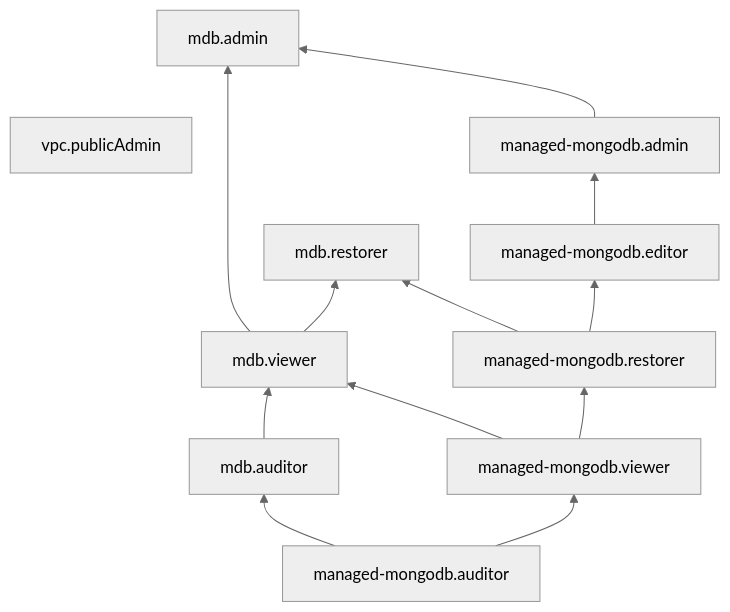
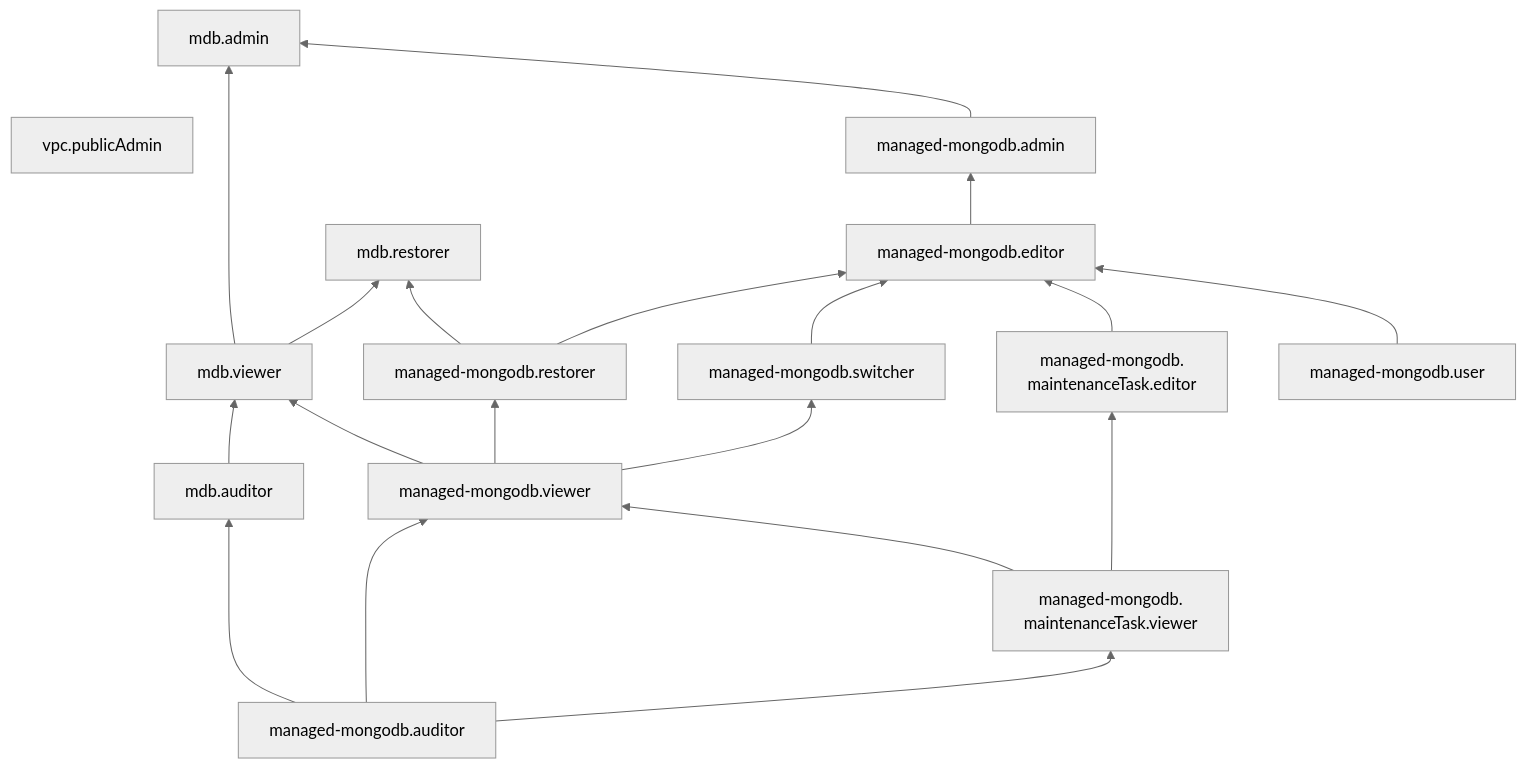
One commit to yandex-cloud/docs changed the diagram in en/_mermaid/roles/managed-storedoc.md. Above: the diagram before and after it, drawn with Mermaid (neutral theme). The commit also changed 584 other files, not shown here.

````diff
--- a/en/_mermaid/roles/managed-storedoc.md
+++ b/en/_mermaid/roles/managed-storedoc.md
@@ -1,15 +1,24 @@
 ```mermaid
 flowchart BT
     vpc.publicAdmin ~~~ mdb.admin
     mdb.viewer --> mdb.admin
     mdb.auditor --> mdb.viewer
     mdb.viewer --> mdb.restorer
     managed-mongodb.restorer --> mdb.restorer
     managed-mongodb.admin --> mdb.admin
     managed-mongodb.viewer --> mdb.viewer
     managed-mongodb.auditor --> mdb.auditor
+    managed-mongodb.switcher --> managed-mongodb.editor
     managed-mongodb.editor --> managed-mongodb.admin
     managed-mongodb.viewer --> managed-mongodb.restorer
     managed-mongodb.restorer --> managed-mongodb.editor
+    managed-mongodb.viewer --> managed-mongodb.switcher
+    managed-mongodb.maintenanceTask.editor --> managed-mongodb.editor
     managed-mongodb.auditor --> managed-mongodb.viewer
+    managed-mongodb.maintenanceTask.viewer --> managed-mongodb.viewer
+    managed-mongodb.maintenanceTask.viewer --> managed-mongodb.maintenanceTask.editor["`managed-mongodb.
+    maintenanceTask.editor`"]
+    managed-mongodb.auditor --> managed-mongodb.maintenanceTask.viewer["`managed-mongodb.
+    maintenanceTask.viewer`"]
+    managed-mongodb.user --> managed-mongodb.editor
 ```
````
